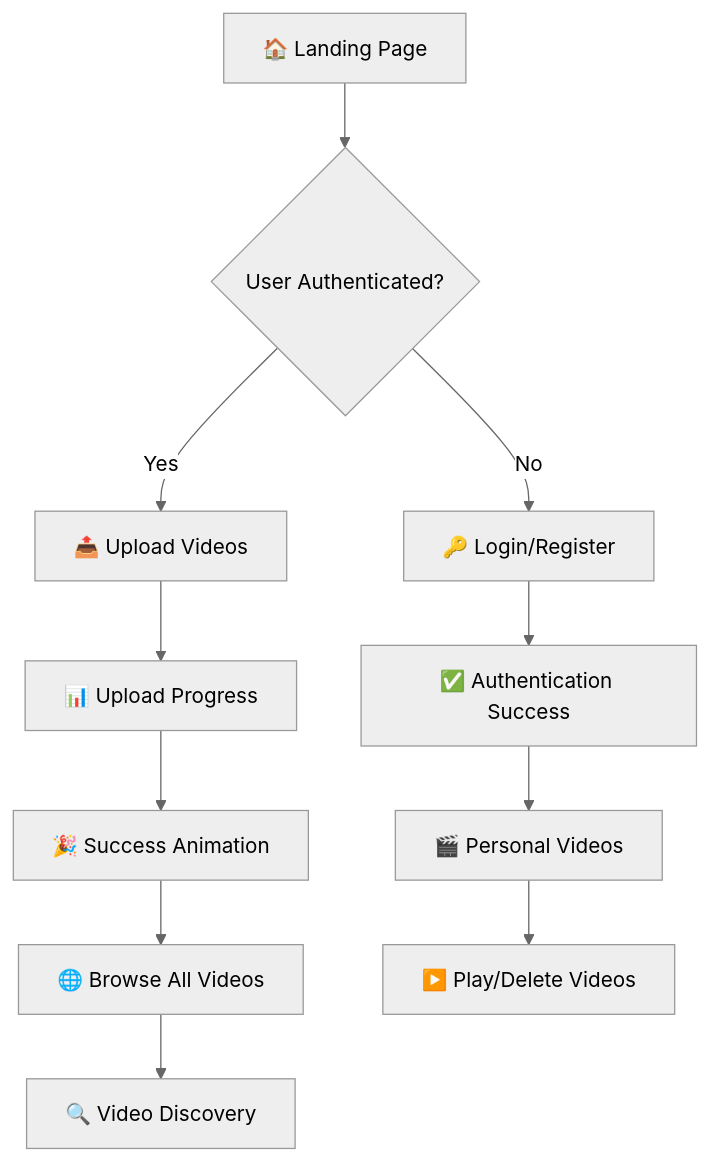
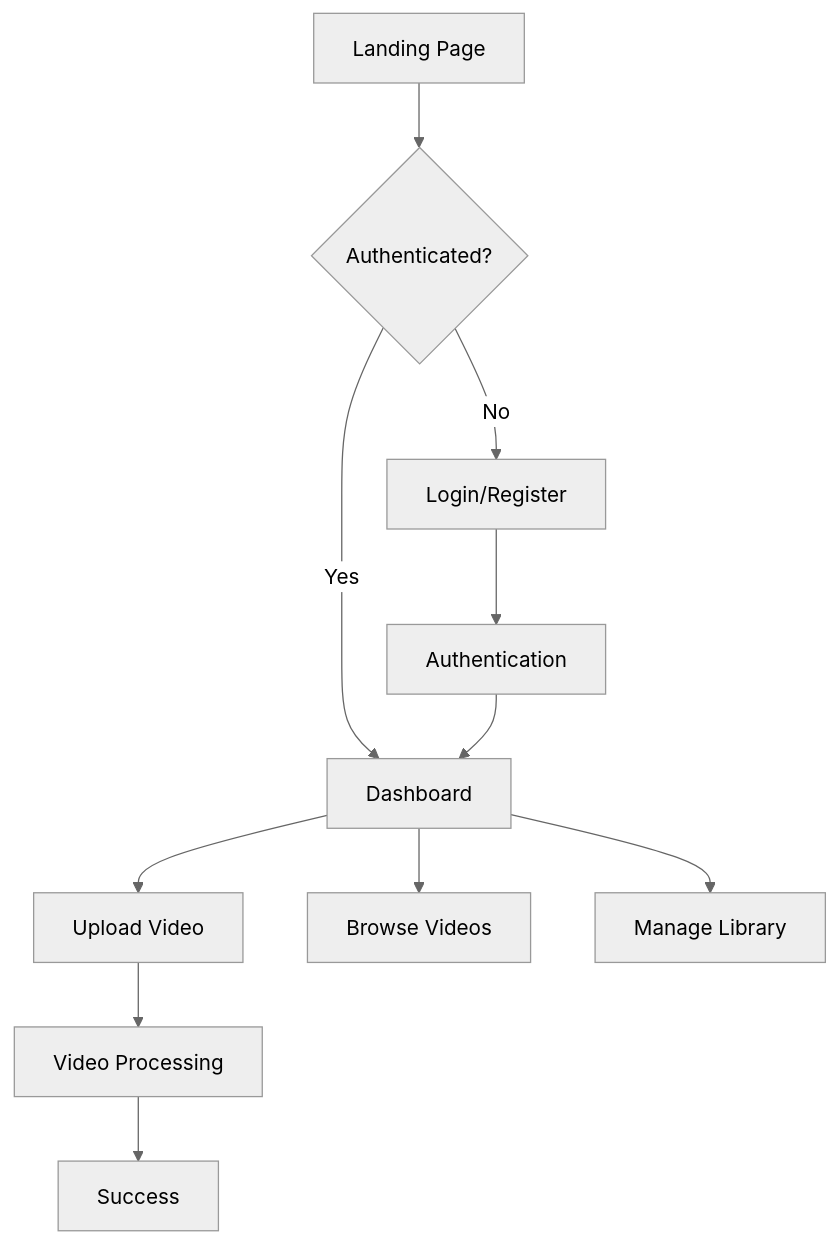
One commit to Santoshpatel112/Next-Imagekit changed the third of 4 diagrams in README.md. Above: the diagram before and after it, drawn with Mermaid (neutral theme). The commit also changed other lines of this file, not shown here.

````diff
--- a/README.md
+++ b/README.md
@@ -875,13 +257,13 @@
 ```mermaid
 graph TD
-    A[🏠 Landing Page] --> B{User Authenticated?}
-    B -->|No| C[🔑 Login/Register]
-    B -->|Yes| D[📤 Upload Videos]
-    C --> E[✅ Authentication Success]
-    E --> F[🎬 Personal Videos]
-    D --> G[📊 Upload Progress]
-    G --> H[🎉 Success Animation]
-    H --> I[🌐 Browse All Videos]
-    F --> J[▶️ Play/Delete Videos]
-    I --> K[🔍 Video Discovery]
+    A[Landing Page] --> B{Authenticated?}
+    B -->|No| C[Login/Register]
+    B -->|Yes| D[Dashboard]
+    C --> E[Authentication]
+    E --> D
+    D --> F[Upload Video]
+    D --> G[Browse Videos]
+    D --> H[Manage Library]
+    F --> I[Video Processing]
+    I --> J[Success]
 ```
````
